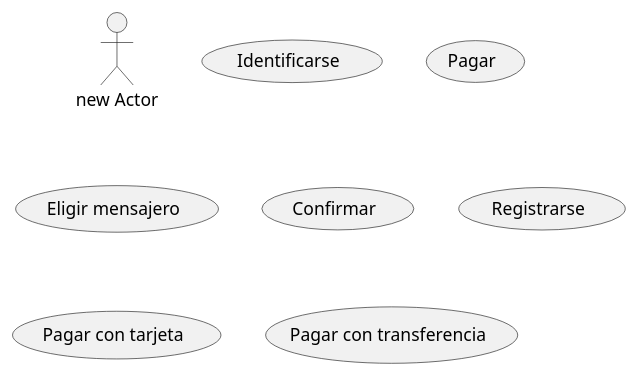
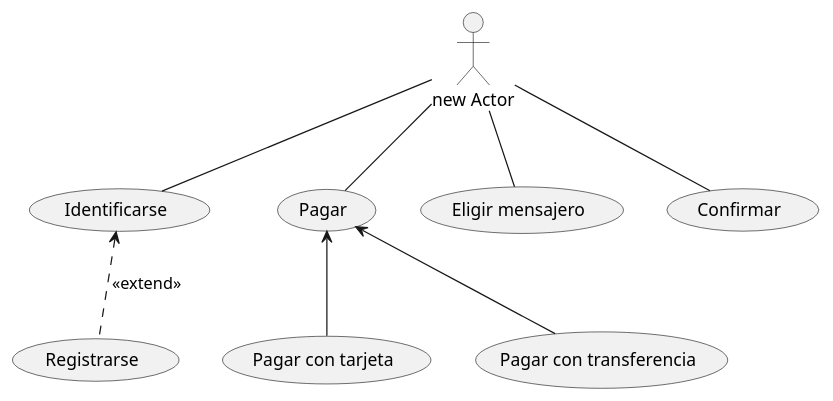
Before and after one commit to moevius237/PracticaUML1: the diagram in src/Practica2.puml, drawn with PlantUML.

Commit message:
Septimo Commit añado todas las relaciones necesarias

```diff
--- a/src/Practica2.puml
+++ b/src/Practica2.puml
@@ -1,10 +1,18 @@
 @startuml
 :new Actor:
 usecase (Identificarse)
 usecase (Pagar)
 usecase (Eligir mensajero)
 usecase (Confirmar)
 usecase (Registrarse)
 usecase (Pagar con tarjeta)
 usecase (Pagar con transferencia)
+:new Actor: -- (Identificarse)
+:new Actor: -- (Pagar)
+:new Actor: -- (Eligir mensajero)
+:new Actor: -- (Confirmar)
+(Identificarse) <.. (Registrarse):<<extend>>
+(Pagar)<--(Pagar con tarjeta)
+(Pagar)<--(Pagar con transferencia)
+
 @enduml
```
